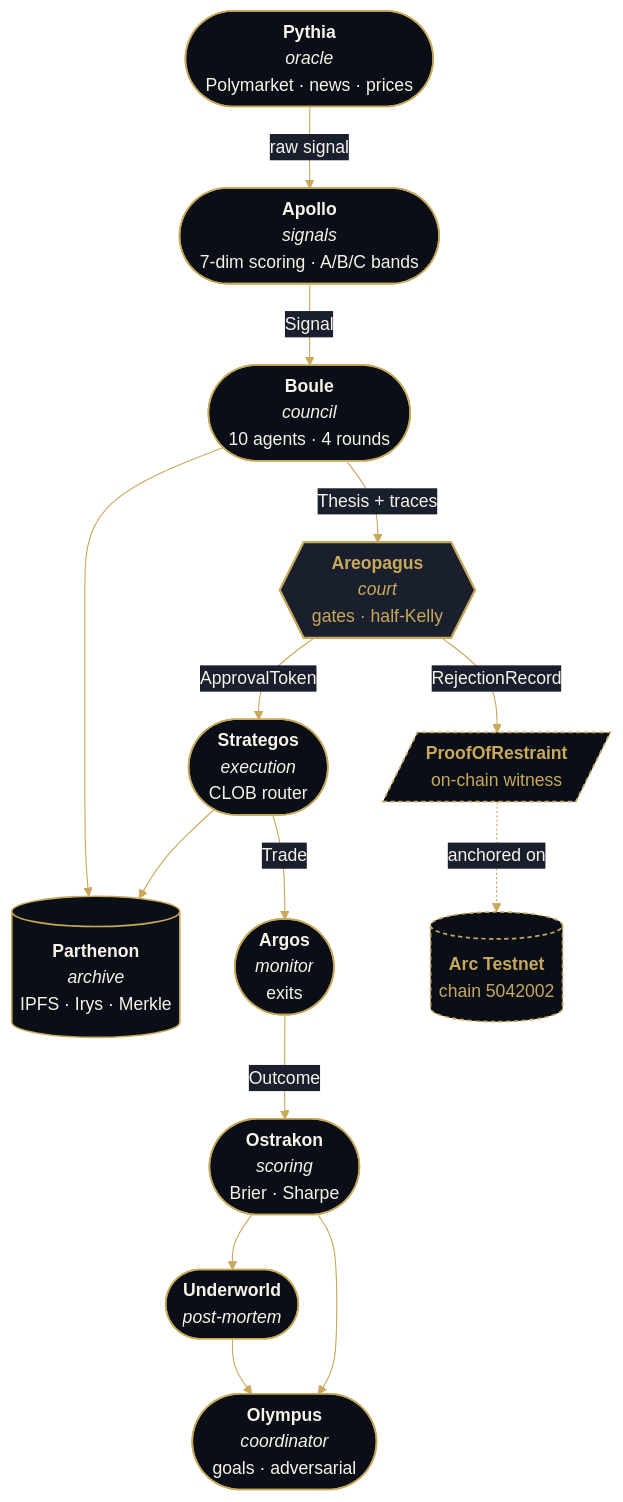
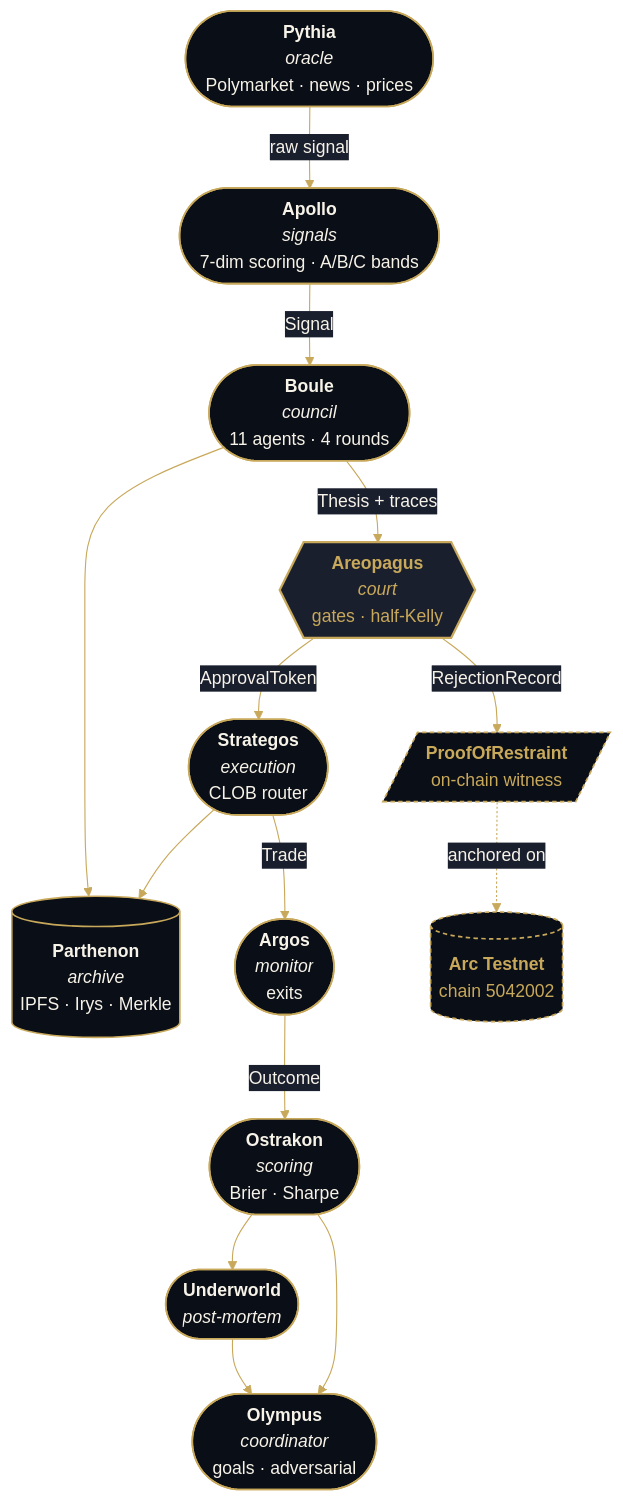
One commit to NAME0x0/Pantheon-Trades changed the first of 2 diagrams in README.md. Above: the diagram before and after it, drawn with Mermaid. The commit also changed other lines of this file and 12 other files, not shown here.

````diff
--- a/README.md
+++ b/README.md
@@ -222,39 +222,39 @@
 ```mermaid
 %%{init: {'theme':'base','themeVariables':{
   'primaryColor':'#0a0e16','primaryTextColor':'#f7f3e9','primaryBorderColor':'#c8a85a',
   'lineColor':'#c8a85a','secondaryColor':'#1a1f2e','tertiaryColor':'#0a0e16',
   'fontFamily':'Georgia, serif'}}}%%
 flowchart TD
     Pythia([<b>Pythia</b><br/><i>oracle</i><br/>Polymarket · news · prices])
     Apollo([<b>Apollo</b><br/><i>signals</i><br/>7-dim scoring · A/B/C bands])
-    Boule([<b>Boule</b><br/><i>council</i><br/>10 agents · 4 rounds])
+    Boule([<b>Boule</b><br/><i>council</i><br/>11 agents · 4 rounds])
     Areopagus{{<b>Areopagus</b><br/><i>court</i><br/>gates · half-Kelly}}
     Strategos([<b>Strategos</b><br/><i>execution</i><br/>CLOB router])
     Parthenon[(<b>Parthenon</b><br/><i>archive</i><br/>IPFS · Irys · Merkle)]
     ProofRestraint[/<b>ProofOfRestraint</b><br/>on-chain witness/]
     Argos([<b>Argos</b><br/><i>monitor</i><br/>exits])
     Ostrakon([<b>Ostrakon</b><br/><i>scoring</i><br/>Brier · Sharpe])
     Underworld([<b>Underworld</b><br/><i>post-mortem</i>])
     Olympus([<b>Olympus</b><br/><i>coordinator</i><br/>goals · adversarial])
 
     Pythia -- raw signal --> Apollo
     Apollo -- Signal --> Boule
     Boule -- Thesis + traces --> Areopagus
     Areopagus -- ApprovalToken --> Strategos
     Areopagus -- RejectionRecord --> ProofRestraint
     ProofRestraint -. anchored on .-> ArcChain[(<b>Arc Testnet</b><br/>chain 5042002)]
     Strategos -- Trade --> Argos
     Argos -- Outcome --> Ostrakon
     Strategos --> Parthenon
     Boule --> Parthenon
     Ostrakon --> Underworld
     Ostrakon --> Olympus
     Underworld --> Olympus
 
     classDef gold fill:#0a0e16,stroke:#c8a85a,stroke-width:1.5px,color:#f7f3e9
     classDef court fill:#1a1f2e,stroke:#c8a85a,stroke-width:2px,color:#c8a85a
     classDef chain fill:#0a0e16,stroke:#c8a85a,stroke-width:1.5px,color:#c8a85a,stroke-dasharray:4 3
     class Pythia,Apollo,Boule,Strategos,Argos,Ostrakon,Underworld,Olympus,Parthenon gold
     class Areopagus court
     class ProofRestraint,ArcChain chain
 ```
````
